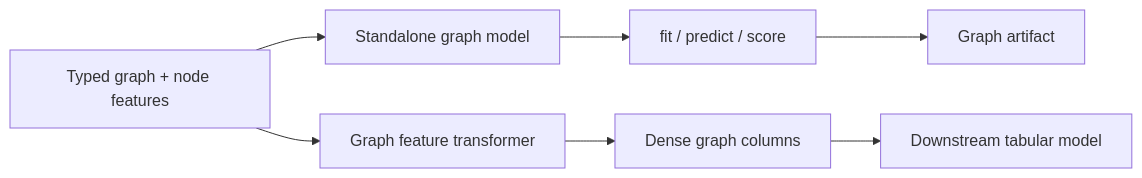
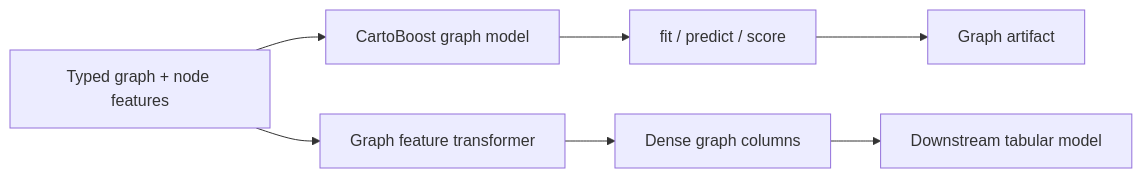
One commit to TheCulliganMan/CartoBoost changed the diagram in docs/graph-features.md. Above: the diagram before and after it, drawn with Mermaid. The commit also changed other lines of this file and 85 other files, not shown here.

````diff
--- a/docs/graph-features.md
+++ b/docs/graph-features.md
@@ -31,10 +18,10 @@
 ```mermaid
 flowchart LR
-    A["Typed graph + node features"] --> B["Standalone graph model"]
+    A["Typed graph + node features"] --> B["CartoBoost graph model"]
     B --> C["fit / predict / score"]
     C --> D["Graph artifact"]
 
     A --> E["Graph feature transformer"]
     E --> F["Dense graph columns"]
     F --> G["Downstream tabular model"]
 ```
````
